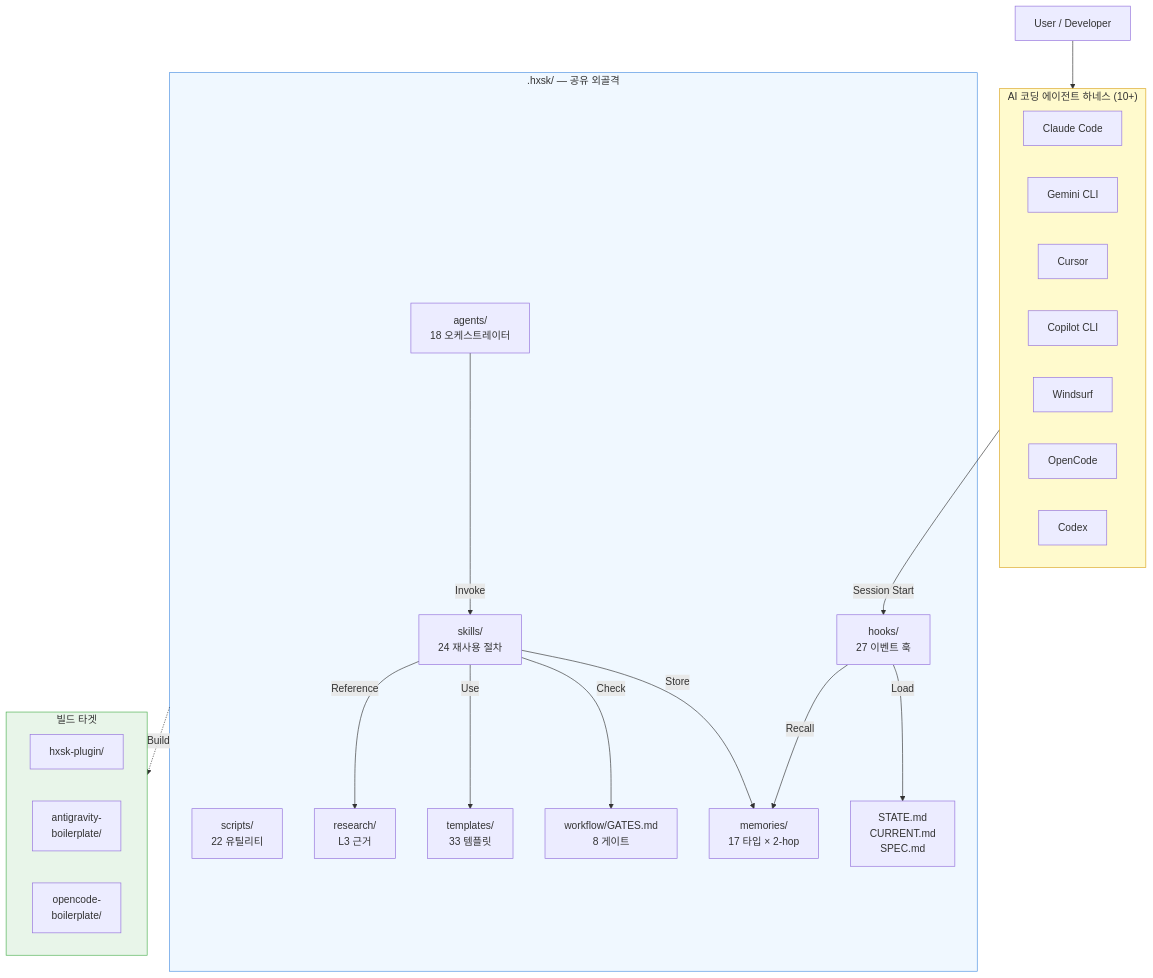
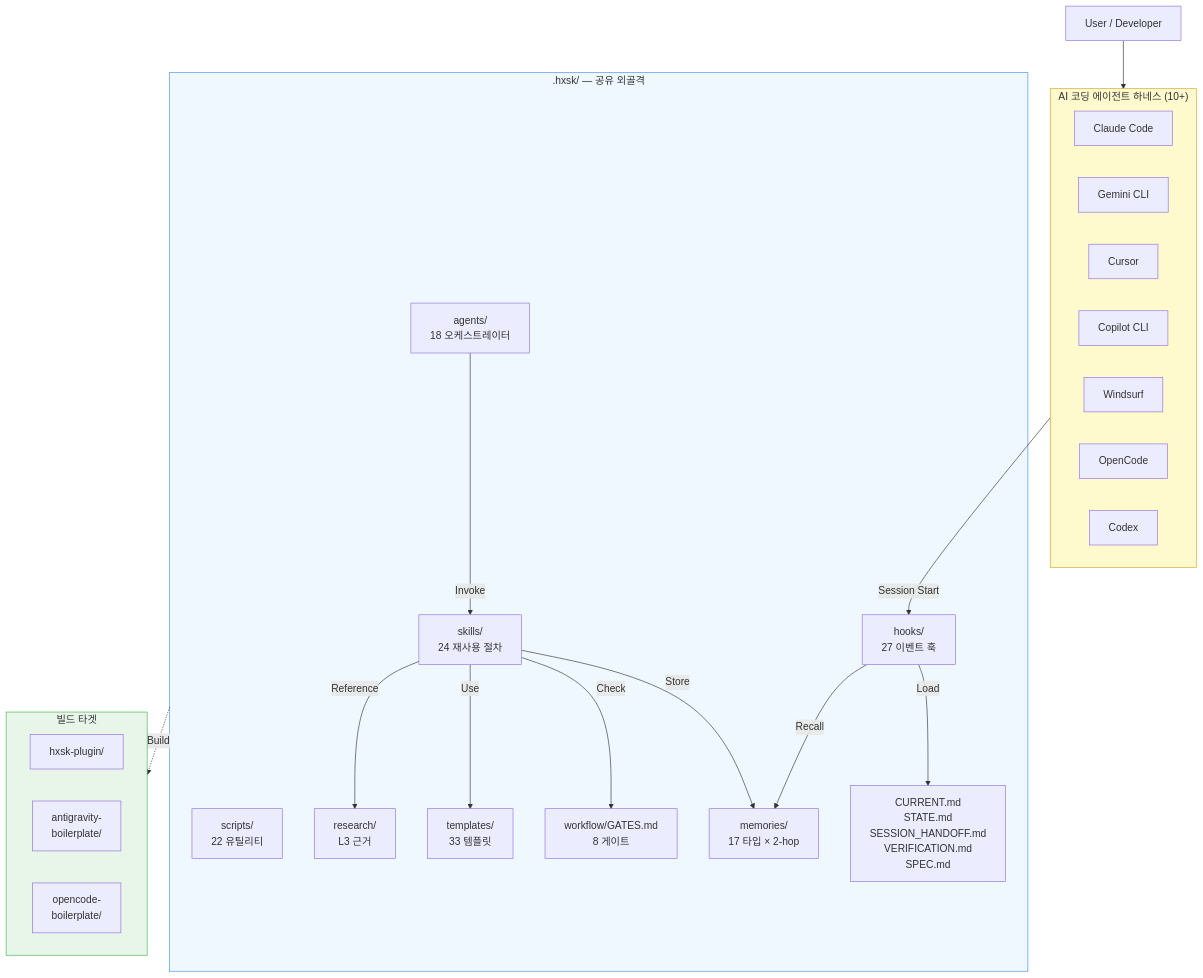
The first of 10 diagrams in docs/system-architecture.md (SukbeomH/HExoskeleton), drawn with Mermaid before and after one commit. The commit also changed other lines of this file and 28 other files, not shown here.

````diff
--- a/docs/system-architecture.md
+++ b/docs/system-architecture.md
@@ -9,48 +9,48 @@
 ```mermaid
 graph TB
     User[User / Developer]
 
     subgraph Harness["AI 코딩 에이전트 하네스 (10+)"]
         CC[Claude Code]
         GC[Gemini CLI]
         CU[Cursor]
         CP[Copilot CLI]
         WS[Windsurf]
         OC[OpenCode]
         CX[Codex]
     end
 
     subgraph HXSK[".hxsk/ — 공유 외골격"]
         Skills[skills/<br/>24 재사용 절차]
         Agents[agents/<br/>18 오케스트레이터]
         Hooks[hooks/<br/>27 이벤트 훅]
         Scripts[scripts/<br/>22 유틸리티]
         Memory[memories/<br/>17 타입 × 2-hop]
         Workflow[workflow/GATES.md<br/>8 게이트]
         Templates[templates/<br/>33 템플릿]
-        State[STATE.md<br/>CURRENT.md<br/>SPEC.md]
+        State[CURRENT.md<br/>STATE.md<br/>SESSION_HANDOFF.md<br/>VERIFICATION.md<br/>SPEC.md]
         Research[research/<br/>L3 근거]
     end
 
     subgraph Outputs["빌드 타겟"]
         Plugin[hxsk-plugin/]
         Antigrav[antigravity-<br/>boilerplate/]
         OpenCodeOut[opencode-<br/>boilerplate/]
     end
 
     User --> Harness
     Harness -->|Session Start| Hooks
     Hooks -->|Load| State
     Hooks -->|Recall| Memory
     Agents -->|Invoke| Skills
     Skills -->|Store| Memory
     Skills -->|Check| Workflow
     Skills -->|Use| Templates
     Skills -->|Reference| Research
 
     HXSK -.Build.-> Outputs
 
     style HXSK fill:#f0f8ff,stroke:#4a90e2
     style Harness fill:#fffacd,stroke:#daa520
     style Outputs fill:#e8f5e9,stroke:#4caf50
 ```
````
